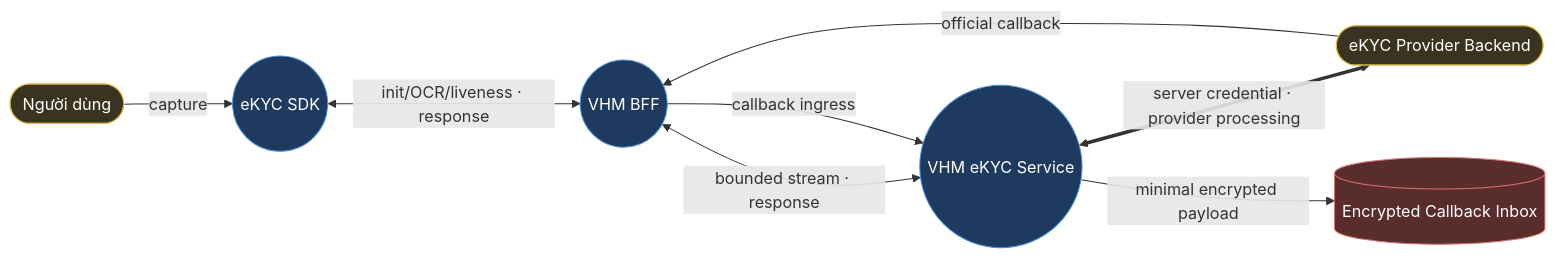
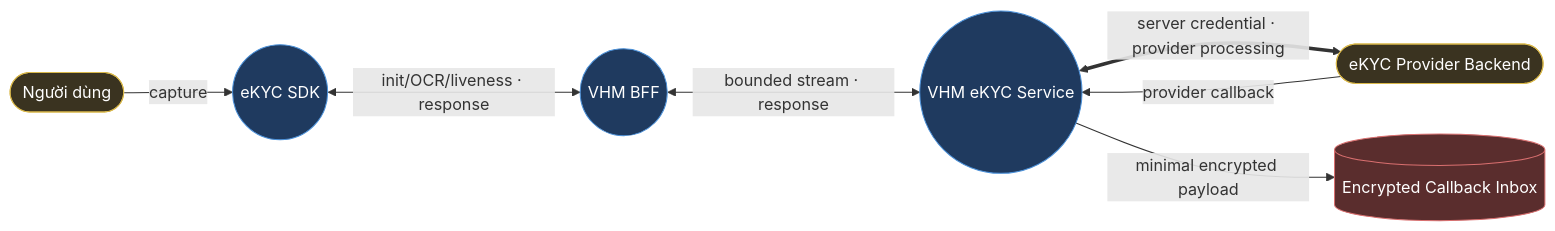
One commit to huynv-xyz/vhm changed the tenth of 19 diagrams in tdd2.md. Above: the diagram before and after it, drawn with Mermaid. The commit also changed other lines of this file, not shown here.

````diff
--- a/tdd2.md
+++ b/tdd2.md
@@ -1100,21 +1096,20 @@
 ```mermaid
 flowchart LR
     USER(["Người dùng"]):::entity
     BACKEND(["eKYC Provider Backend"]):::entity
     SDK(("eKYC SDK")):::process
     BFF(("VHM BFF")):::process
     EKYC_SERVICE(("VHM eKYC Service")):::process
     INBOX[("Encrypted Callback Inbox")]:::sensitive
 
     USER -->|capture| SDK
     SDK <-->|init/OCR/liveness · response| BFF
     BFF <-->|bounded stream · response| EKYC_SERVICE
     EKYC_SERVICE <==>|server credential · provider processing| BACKEND
-    BACKEND -->|official callback| BFF
-    BFF -->|callback ingress| EKYC_SERVICE
+    BACKEND -->|provider callback| EKYC_SERVICE
     EKYC_SERVICE -->|minimal encrypted payload| INBOX
 
     classDef entity fill:#3a3320,stroke:#d9b84a,color:#fff;
     classDef process fill:#1f3a5f,stroke:#4a90d9,color:#fff;
     classDef sensitive fill:#5a2d2d,stroke:#d96f6f,color:#fff;
 ```
````
